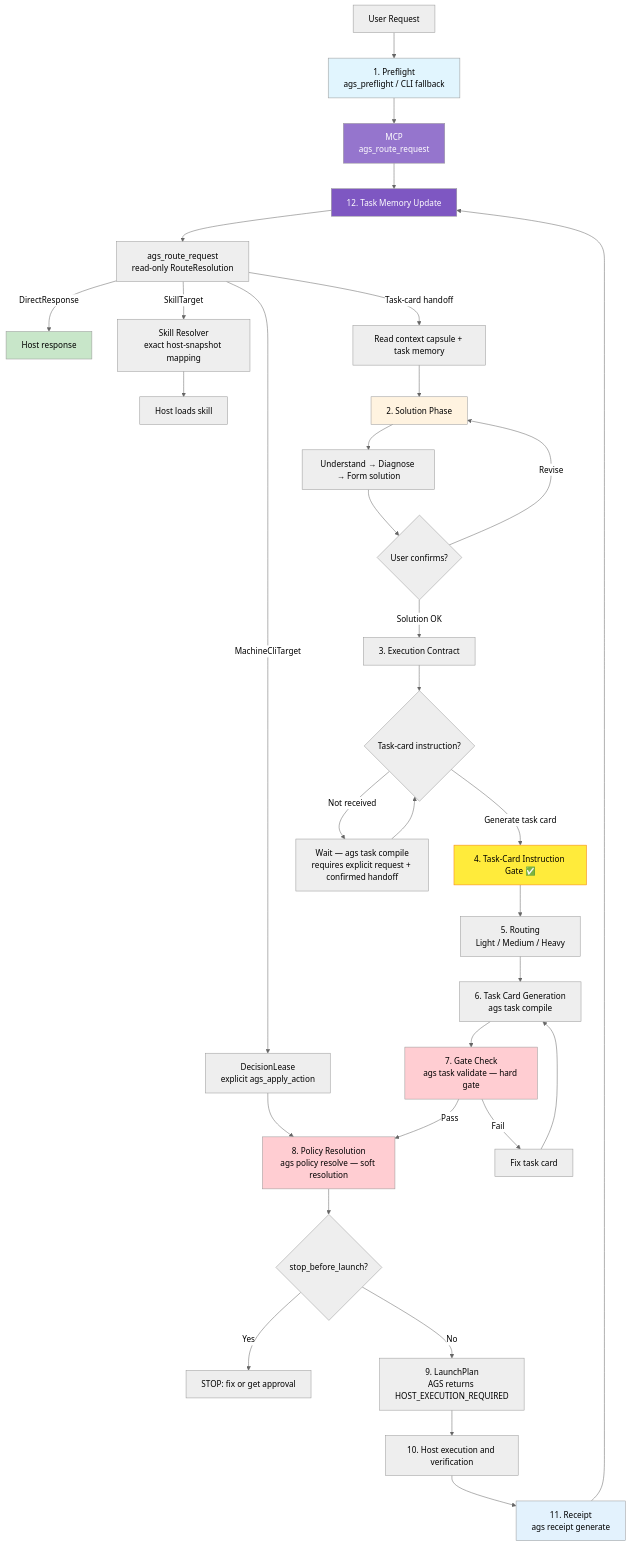
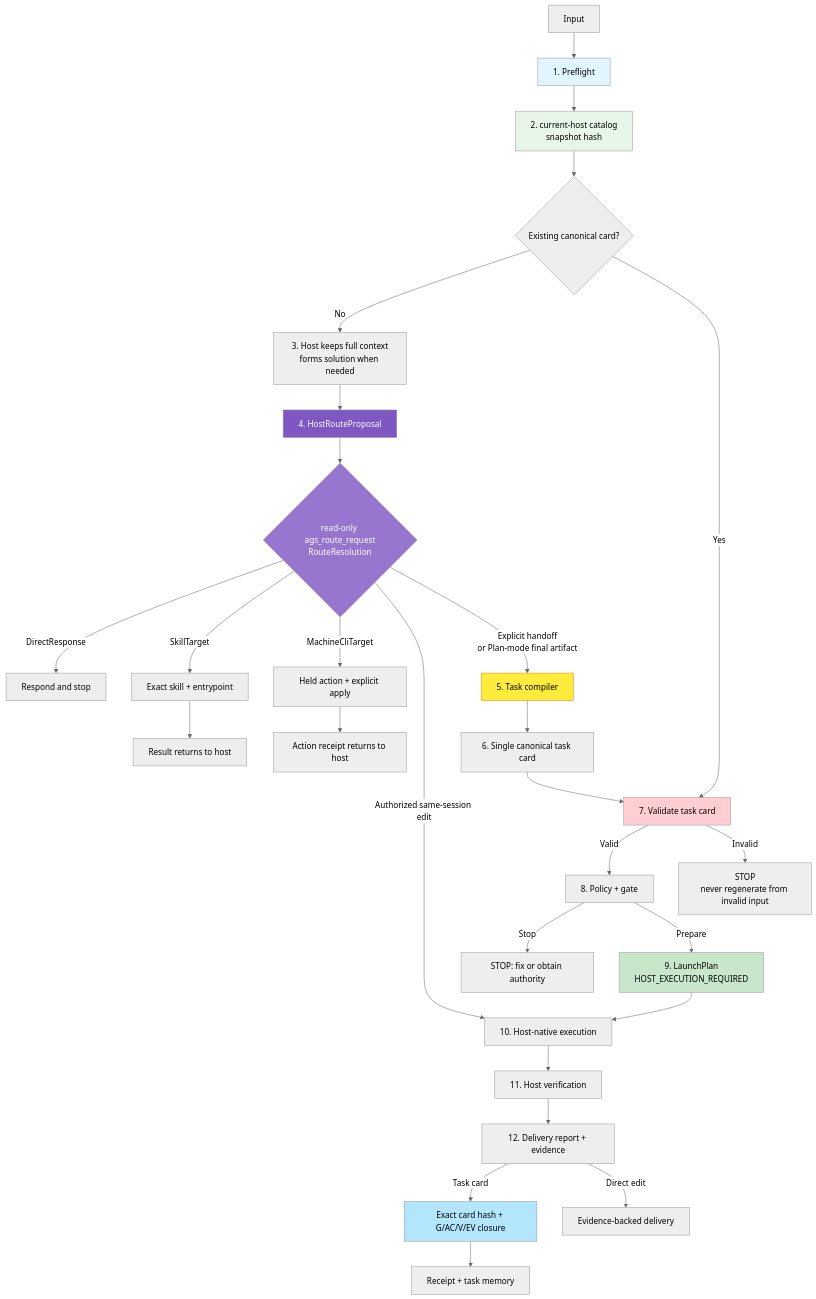
One commit to FernandeZ-hjm/Agent-General-Staff changed the second of 2 diagrams in README.en.md. Above: the diagram before and after it, drawn with Mermaid (neutral theme). The commit also changed other lines of this file and 77 other files, not shown here.

````diff
--- a/README.en.md
+++ b/README.en.md
@@ -177,44 +209,38 @@
 ```mermaid
-flowchart TD
-    A[User Request] --> B[1. Preflight<br/>ags_preflight / CLI fallback]
-    B --> MCP[MCP<br/>ags_route_request]
-    MCP --> P[HostRouteProposal<br/>host-owned semantics]
-    P --> D0[ags_route_request<br/>read-only RouteResolution]
-    D0 -->|DirectResponse| PASS[Host response]
-    D0 -->|SkillTarget| SR[Skill Resolver<br/>exact host-snapshot mapping]
-    D0 -->|MachineCliTarget| MC[DecisionLease<br/>explicit ags_apply_action]
-    SR --> HOST[Host loads skill]
-    MC --> K
-    D0 -->|Task-card handoff| B1[Read context capsule + task memory]
-    B1 --> C[2. Solution Phase]
-    C --> C1[Understand → Diagnose → Form solution]
-    C1 --> D{User confirms?}
-    D -->|Solution OK| E[3. Execution Contract]
-    D -->|Revise| C
-    E --> F{Task-card instruction?}
-    F -->|Generate task card| G[4. Task-Card Instruction Gate ✅]
-    F -->|Not received| F_WAIT[Wait — ags task compile<br/>requires explicit request + confirmed handoff]
-    F_WAIT --> F
-    G --> H[5. Routing<br/>Light / Medium / Heavy]
-    H --> I[6. Task Card Generation<br/>ags task compile]
-    I --> J[7. Gate Check<br/>ags task validate — hard gate]
-    J -->|Pass| K[8. Policy Resolution<br/>ags policy resolve — soft resolution]
-    J -->|Fail| J_FAIL[Fix task card]
-    J_FAIL --> I
-    K --> L{stop_before_launch?}
-    L -->|Yes| L_STOP[STOP: fix or get approval]
-    L -->|No| M[9. LaunchPlan<br/>AGS returns HOST_EXECUTION_REQUIRED]
-    M --> N[10. Host execution and verification]
-    N --> O[11. Receipt<br/>ags receipt generate]
-    O --> P[12. Task Memory Update]
+flowchart TB
+    A[Input] --> B[1. Preflight]
+    B --> CAT[2. current-host catalog<br/>snapshot hash]
+    CAT --> X{Existing canonical card?}
+    X -->|No| H[3. Host keeps full context<br/>forms solution when needed]
+    H --> PROP[4. HostRouteProposal]
+    PROP --> ROUTE{read-only ags_route_request<br/>RouteResolution}
+    ROUTE -->|DirectResponse| PASS[Respond and stop]
+    ROUTE -->|SkillTarget| SKILL[Exact skill + entrypoint]
+    ROUTE -->|MachineCliTarget| LEASE[Held action + explicit apply]
+    ROUTE -->|Authorized same-session edit| EXEC[10. Host-native execution]
+    ROUTE -->|Explicit handoff<br/>or Plan-mode final artifact| COMPILE[5. Task compiler]
+    SKILL --> SOUT[Result returns to host]
+    LEASE --> AOUT[Action receipt returns to host]
+    COMPILE --> CARD[6. Single canonical task card]
+    X -->|Yes| V[7. Validate task card]
+    CARD --> V
+    V -->|Valid| POLICY[8. Policy + gate]
+    V -->|Invalid| VSTOP[STOP<br/>never regenerate from invalid input]
+    POLICY -->|Stop| PSTOP[STOP: fix or obtain authority]
+    POLICY -->|Prepare| LP[9. LaunchPlan<br/>HOST_EXECUTION_REQUIRED]
+    LP --> EXEC
+    EXEC --> VERIFY[11. Host verification]
+    VERIFY --> REPORT[12. Delivery report + evidence]
+    REPORT -->|Task card| CLOSE[Exact card hash + G/AC/V/EV closure]
+    REPORT -->|Direct edit| DONE[Evidence-backed delivery]
+    CLOSE --> ARCHIVE[Receipt + task memory]
 
-    style P fill:#7e57c2,color:#fff
-    style MCP fill:#9575cd,color:#fff
-    style PASS fill:#c8e6c9
     style B fill:#e1f5fe
-    style C fill:#fff3e0
-    style G fill:#ffeb3b,stroke:#f57f17
-    style J fill:#ffcdd2
-    style K fill:#ffcdd2
-    style O fill:#e3f2fd
+    style CAT fill:#e8f5e9
+    style PROP fill:#7e57c2,color:#fff
+    style ROUTE fill:#9575cd,color:#fff
+    style COMPILE fill:#ffeb3b,stroke:#f57f17
+    style V fill:#ffcdd2
+    style LP fill:#c8e6c9
+    style CLOSE fill:#b3e5fc
 ```
````
